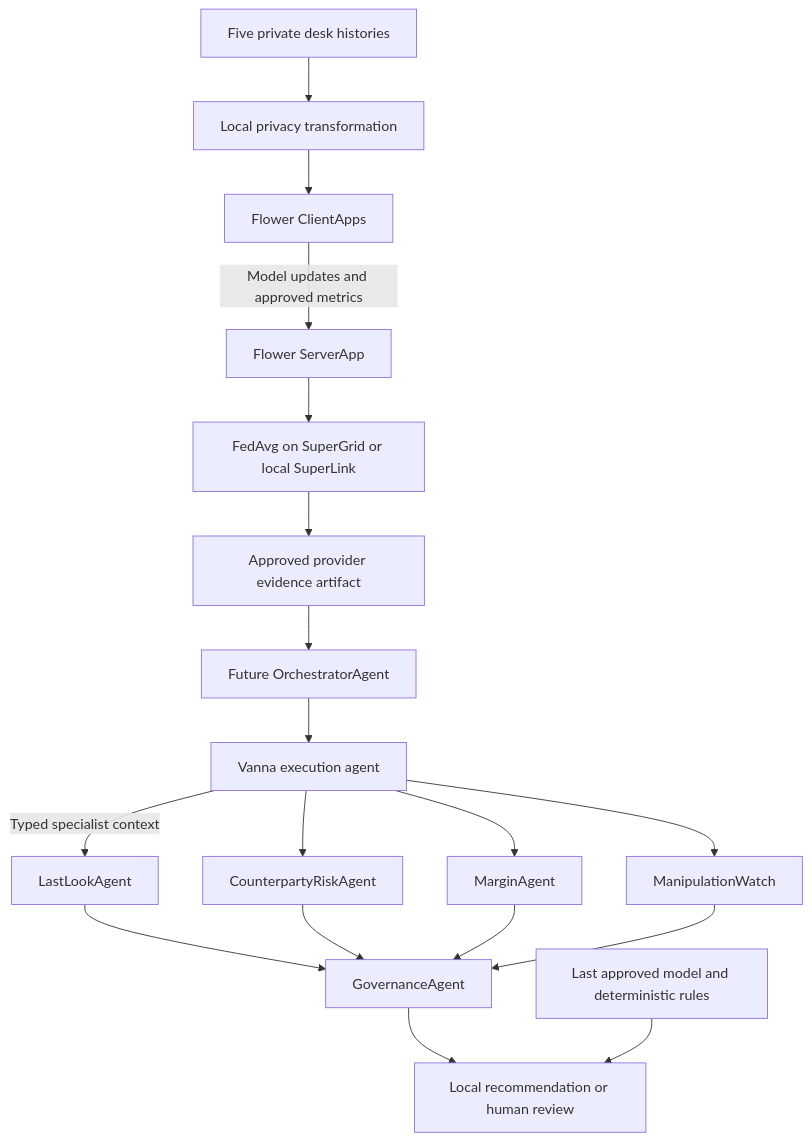
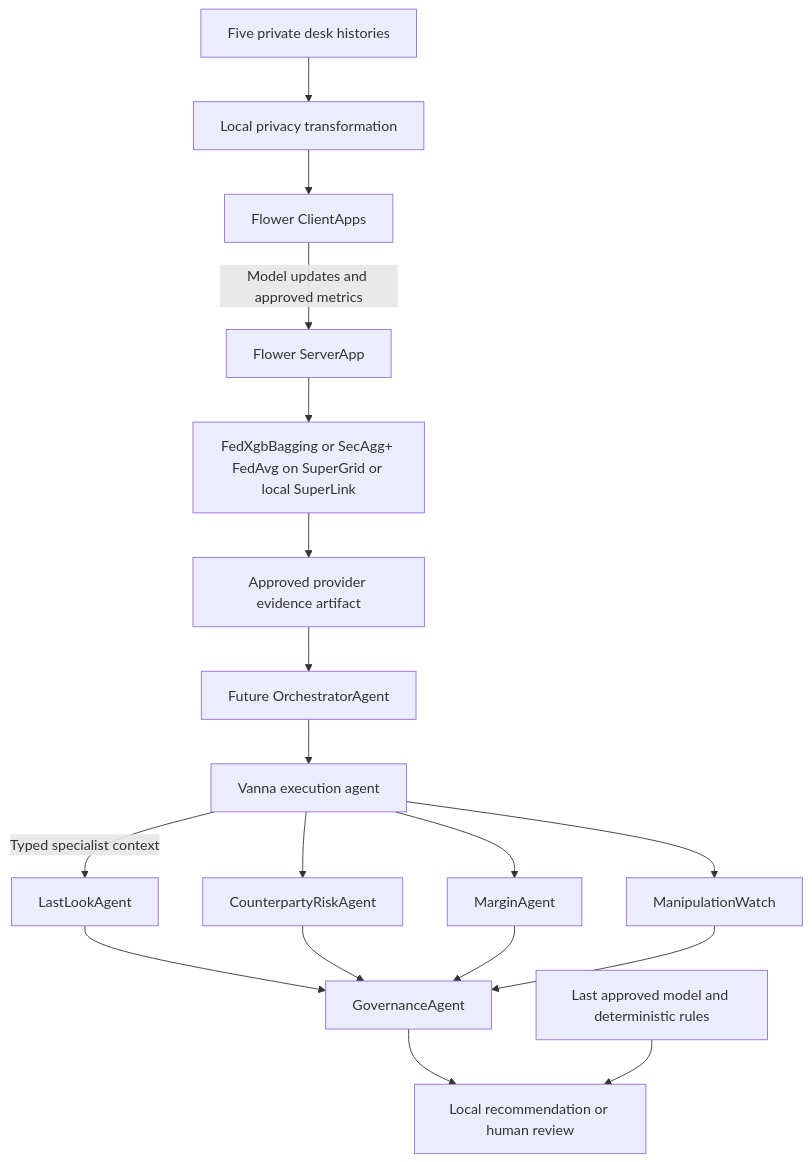
Before and after one commit to molyleelatham/vanna: the diagram in TECH_ARCH.md, drawn with Mermaid. The commit also changed other lines of this file and 10 other files, not shown here.

First line of the commit message:
Add opt-in SecAgg+ secure aggregation mode to the federation

````diff
--- a/TECH_ARCH.md
+++ b/TECH_ARCH.md
@@ -10,20 +10,20 @@
 ```mermaid
 flowchart TD
     DeskData[Five private desk histories] --> Privacy[Local privacy transformation]
     Privacy --> ClientApps[Flower ClientApps]
     ClientApps -->|"Model updates and approved metrics"| ServerApp[Flower ServerApp]
-    ServerApp --> FedAvg[FedAvg on SuperGrid or local SuperLink]
+    ServerApp --> FedAvg[FedXgbBagging or SecAgg+ FedAvg on SuperGrid or local SuperLink]
     FedAvg --> Artifact[Approved provider evidence artifact]
     Artifact --> Orchestrator[Future OrchestratorAgent]
     Orchestrator --> VannaAgent[Vanna execution agent]
     VannaAgent -->|"Typed specialist context"| LastLookAgent[LastLookAgent]
     VannaAgent --> CounterpartyAgent[CounterpartyRiskAgent]
     VannaAgent --> MarginAgent[MarginAgent]
     VannaAgent --> ManipulationAgent[ManipulationWatch]
     LastLookAgent --> GovernanceAgent[GovernanceAgent]
     CounterpartyAgent --> GovernanceAgent
     MarginAgent --> GovernanceAgent
     ManipulationAgent --> GovernanceAgent
     GovernanceAgent --> LocalDecision[Local recommendation or human review]
     LocalFallback[Last approved model and deterministic rules] --> LocalDecision
 ```
````
